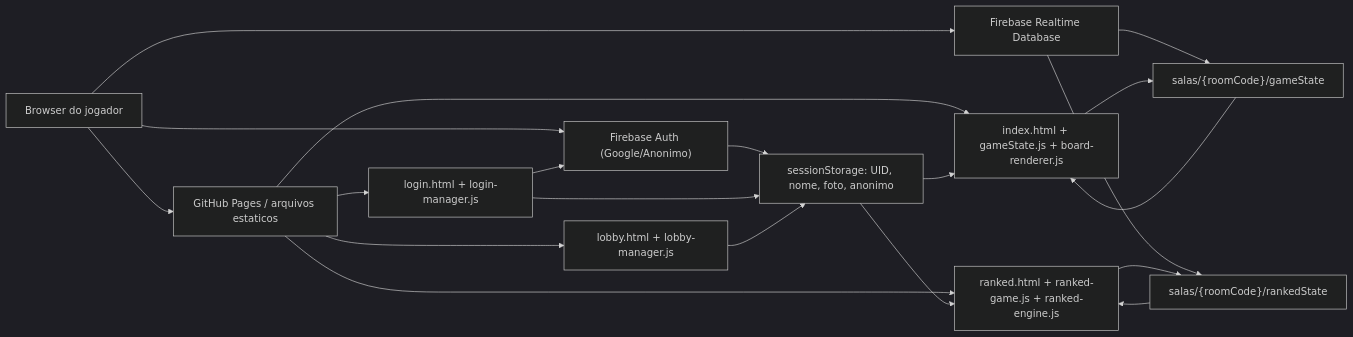
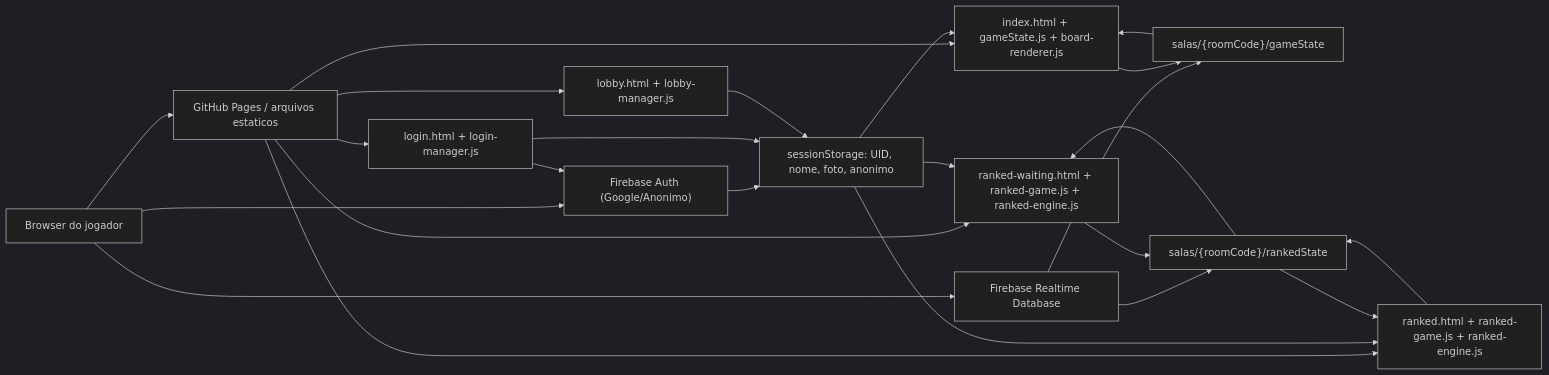
Before and after one commit to GabrielBarbosa0/Coup-Master: the first of 4 diagrams in docs/TDD.md, drawn with Mermaid (dark theme). The commit also changed other lines of this file and 15 other files, not shown here.

````diff
--- a/docs/TDD.md
+++ b/docs/TDD.md
@@ -62,24 +62,28 @@
 ```mermaid
 flowchart LR
   Browser["Browser do jogador"] --> Pages["GitHub Pages / arquivos estaticos"]
   Browser --> Auth["Firebase Auth (Google/Anonimo)"]
   Browser --> RTDB["Firebase Realtime Database"]
 
   Pages --> Login["login.html + login-manager.js"]
   Pages --> Lobby["lobby.html + lobby-manager.js"]
   Pages --> Game["index.html + gameState.js + board-renderer.js"]
+  Pages --> RankedWaiting["ranked-waiting.html + ranked-game.js + ranked-engine.js"]
   Pages --> Ranked["ranked.html + ranked-game.js + ranked-engine.js"]
 
   Auth --> Session["sessionStorage: UID, nome, foto, anonimo"]
   Login --> Auth
   Login --> Session
   Lobby --> Session
   Session --> Game
+  Session --> RankedWaiting
   Session --> Ranked
   RTDB --> State["salas/{roomCode}/gameState"]
   State --> Game
   Game --> State
   RTDB --> RankedState["salas/{roomCode}/rankedState"]
+  RankedState --> RankedWaiting
+  RankedWaiting --> RankedState
   RankedState --> Ranked
   Ranked --> RankedState
 ```
````
